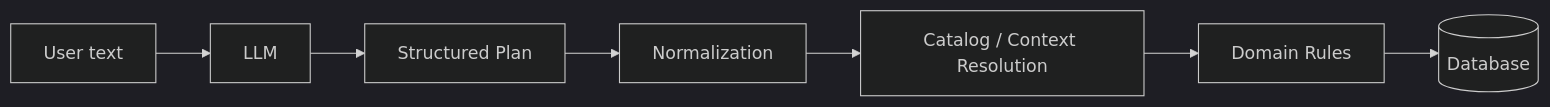
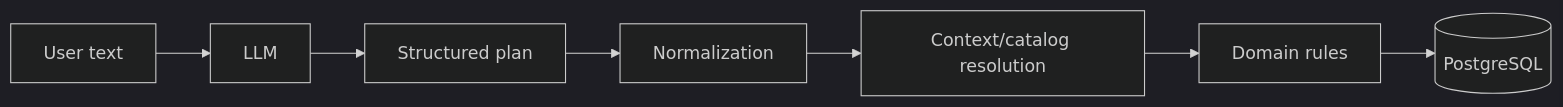
The third of 3 diagrams in docs/architecture.md (lucaserre/nautilusbook_showcase), drawn with Mermaid (dark theme) before and after one commit. The commit also changed other lines of this file, not shown here.

Commit message:
docs: refresh docs/architecture.md for Pelagium

````diff
--- a/docs/architecture.md
+++ b/docs/architecture.md
@@ -79,9 +90,9 @@
 ```mermaid
 flowchart LR
     TXT[User text] --> LLM[LLM]
-    LLM --> PLAN[Structured Plan]
+    LLM --> PLAN[Structured plan]
     PLAN --> NORM[Normalization]
-    NORM --> RESOLVE[Catalog / Context Resolution]
-    RESOLVE --> RULES[Domain Rules]
-    RULES --> DB[(Database)]
+    NORM --> RESOLVE[Context/catalog resolution]
+    RESOLVE --> RULES[Domain rules]
+    RULES --> DB[(PostgreSQL)]
 ```
````
